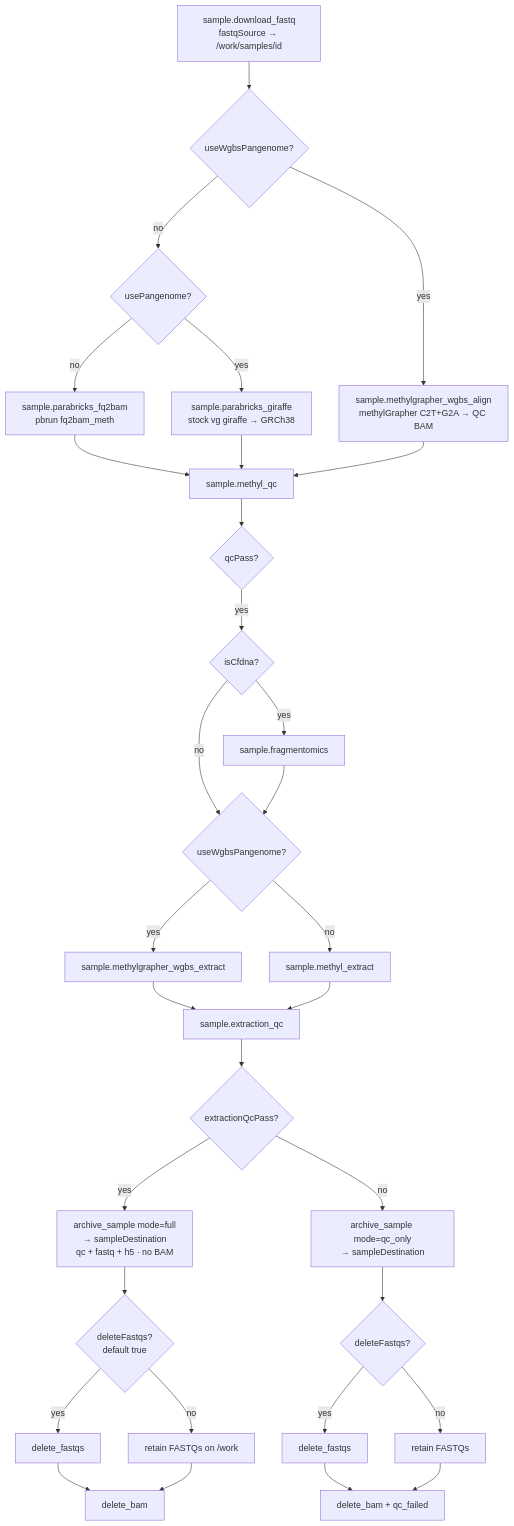
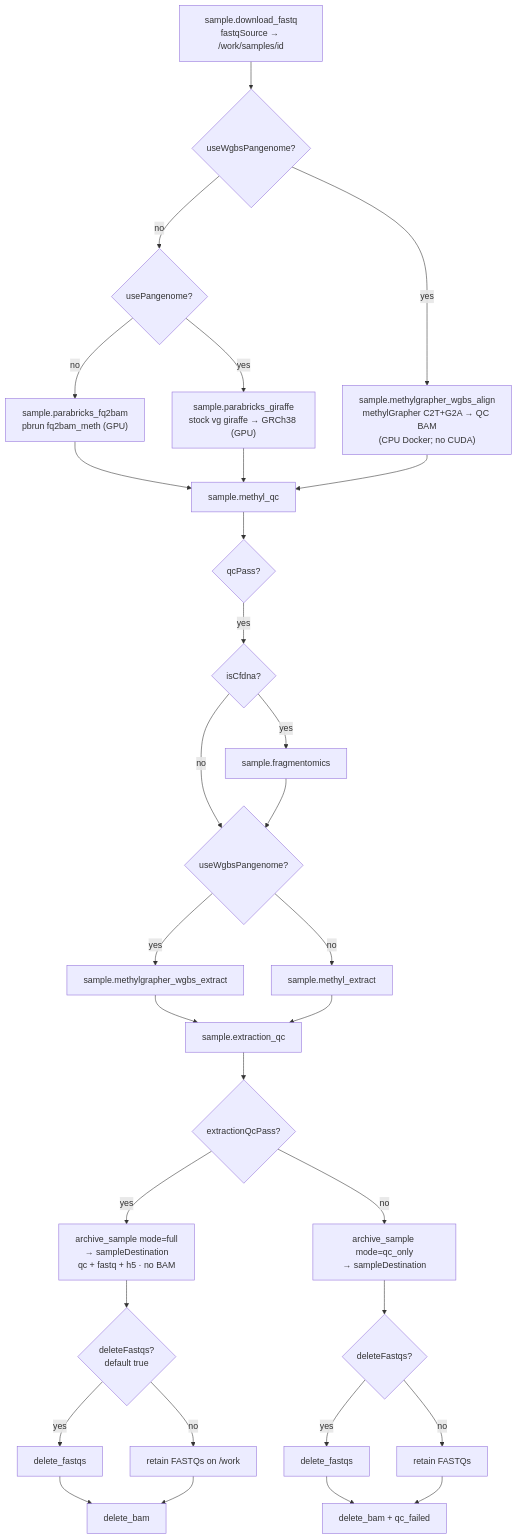
Before and after one commit to Goliath-Research/GoliathWorkflow: the sixth of 18 diagrams in docs/architecture/end-to-end-workflow.md, drawn with Mermaid. The commit also changed 11 other files, not shown here.

````diff
--- a/docs/architecture/end-to-end-workflow.md
+++ b/docs/architecture/end-to-end-workflow.md
@@ -152,33 +152,33 @@
 ```mermaid
 flowchart TD
   A["sample.download_fastq<br/>fastqSource → /work/samples/id"] --> B{"useWgbsPangenome?"}
-  B -->|yes| MG["sample.methylgrapher_wgbs_align<br/>methylGrapher C2T+G2A → QC BAM"]
+  B -->|yes| MG["sample.methylgrapher_wgbs_align<br/>methylGrapher C2T+G2A → QC BAM<br/>(CPU Docker; no CUDA)"]
   B -->|no| B2{"usePangenome?"}
-  B2 -->|no| C["sample.parabricks_fq2bam<br/>pbrun fq2bam_meth"]
-  B2 -->|yes| D["sample.parabricks_giraffe<br/>stock vg giraffe → GRCh38"]
+  B2 -->|no| C["sample.parabricks_fq2bam<br/>pbrun fq2bam_meth (GPU)"]
+  B2 -->|yes| D["sample.parabricks_giraffe<br/>stock vg giraffe → GRCh38 (GPU)"]
   C --> E["sample.methyl_qc"]
   D --> E
   MG --> E
   E --> F{"qcPass?"}
   F -->|yes| G{"isCfdna?"}
   G -->|yes| H["sample.fragmentomics"]
   G -->|no| I{"useWgbsPangenome?"}
   H --> I
   I -->|yes| IX["sample.methylgrapher_wgbs_extract"]
   I -->|no| IY["sample.methyl_extract"]
   IX --> J["sample.extraction_qc"]
   IY --> J
   J --> K{"extractionQcPass?"}
   K -->|yes| L["archive_sample mode=full<br/>→ sampleDestination<br/>qc + fastq + h5 · no BAM"]
   L --> M{"deleteFastqs?<br/>default true"}
   M -->|yes| N["delete_fastqs"]
   M -->|no| O["retain FASTQs on /work"]
   N --> P["delete_bam"]
   O --> P
   K -->|no| Q["archive_sample mode=qc_only<br/>→ sampleDestination"]
   Q --> R{"deleteFastqs?"}
   R -->|yes| S["delete_fastqs"]
   R -->|no| T["retain FASTQs"]
   S --> U["delete_bam + qc_failed"]
   T --> U
 ```
````
